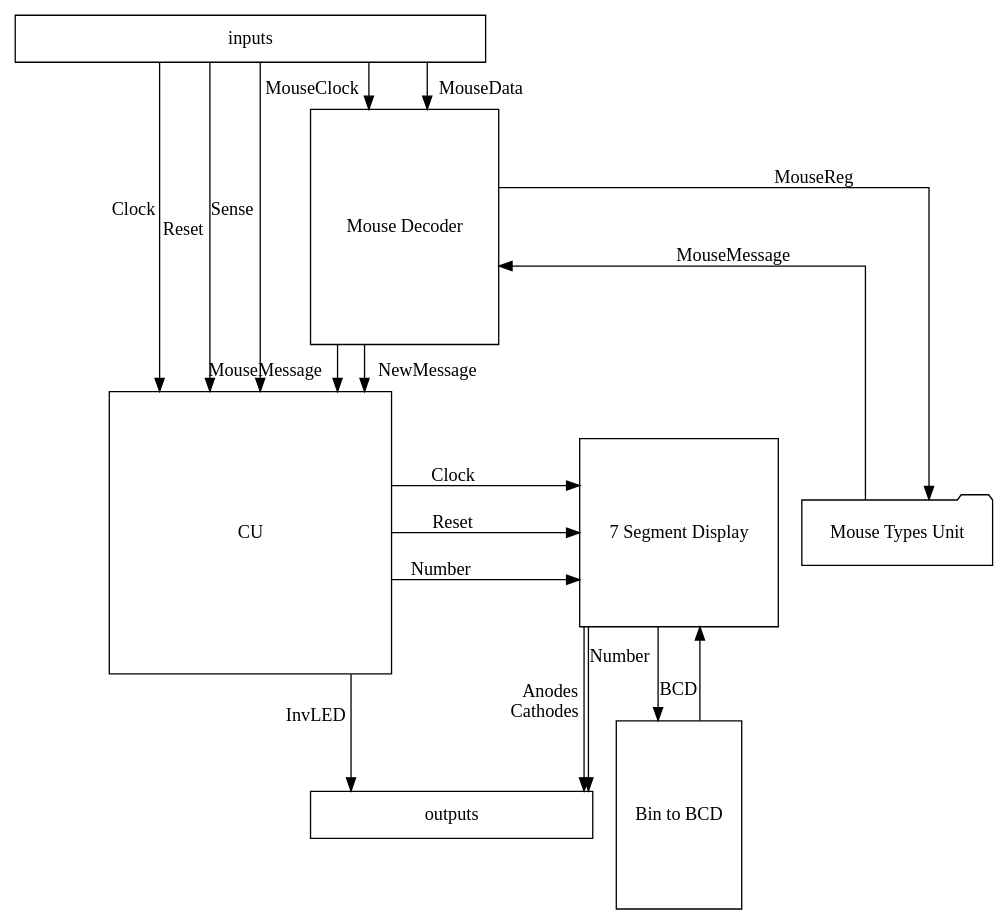
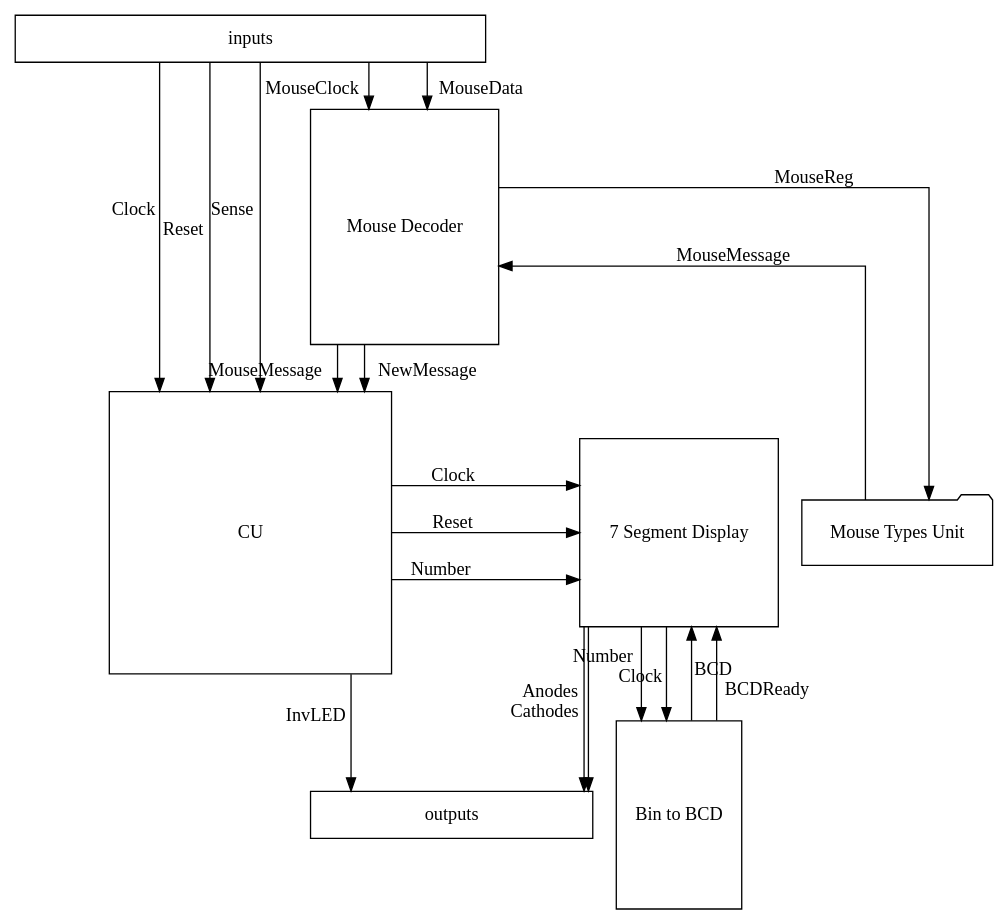
The diagram in Docs/Overview.gv (Raffy27/MouseDecoder), drawn with Graphviz before and after one commit. The commit also changed 37 other files, not shown here.

```diff
--- a/Docs/Overview.gv
+++ b/Docs/Overview.gv
@@ -1,39 +1,41 @@
 digraph {
 	node [shape=rectangle];
 	splines=ortho;
 
 	inputs [width=5]
 
 	cu [width=3 height=3 label="CU"];
 	ssg [label="7 Segment Display" height=2];
 	b2b [label="Bin to BCD" height=2];
     
 	mdec [label="Mouse Decoder" height=2.5 width=2];
 	mtypes [label="Mouse Types Unit" shape=folder height=0.7]
 
 	{ rank = same; cu; ssg; }
 
 	inputs -> cu [xlabel="Clock"];
 	inputs -> cu [xlabel="Reset"];
 	inputs -> cu [xlabel="Sense"];
 	cu -> ssg [xlabel="Clock" minlen=8];
 	cu -> ssg [xlabel="Reset"];
 	cu -> ssg [xlabel="Number"];
 	
 	ssg -> b2b [xlabel="Number"];
+	ssg -> b2b [xlabel="Clock"];
 	b2b -> ssg [xlabel="BCD"];
+	b2b -> ssg [xlabel="BCDReady"];
 	
 	inputs -> mdec [xlabel="MouseClock"];
 	inputs -> mdec [xlabel="MouseData"];
 	mdec -> cu [xlabel="MouseMessage"];
 	mdec -> cu [xlabel="NewMessage"];
 	
 	mdec -> mtypes [xlabel="MouseReg"];
 	mtypes -> mdec [xlabel="MouseMessage"];
 
 	ssg -> outputs [xlabel="Anodes"]
 	ssg -> outputs [xlabel="Cathodes"]
 	cu -> outputs [xlabel="InvLED"]
 
 	outputs [width=3]		
 }
```
